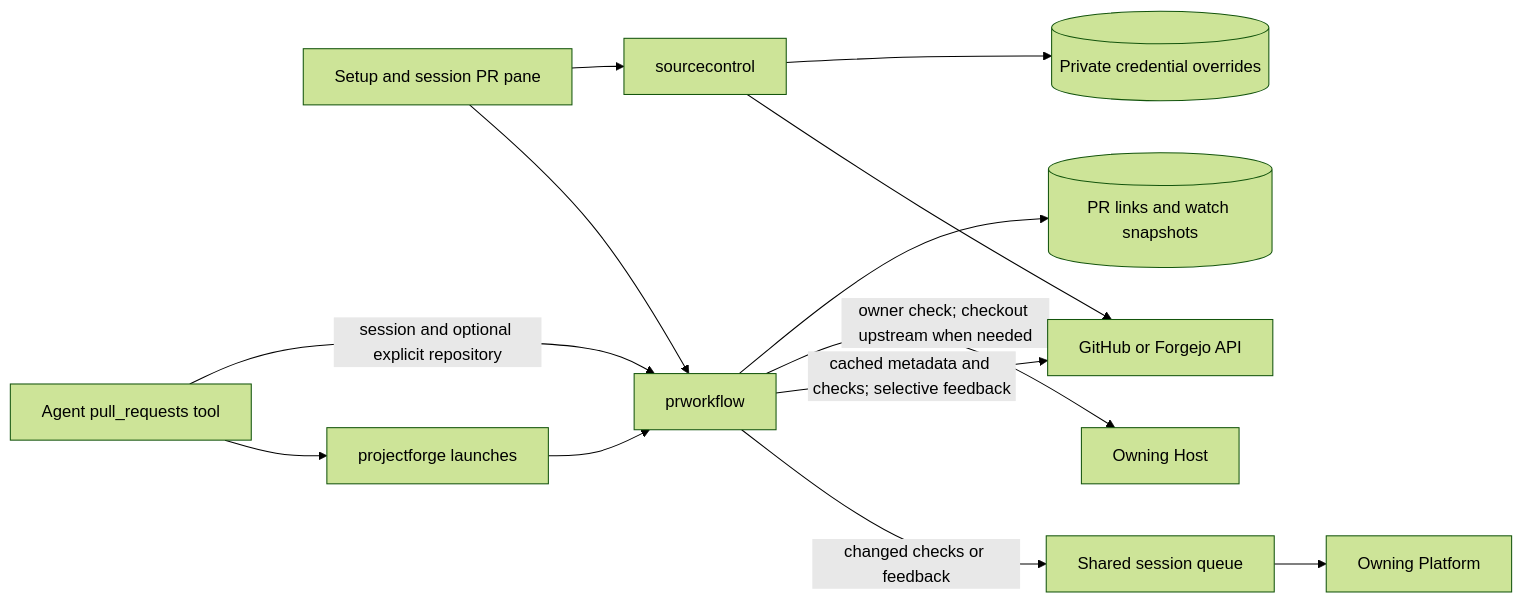
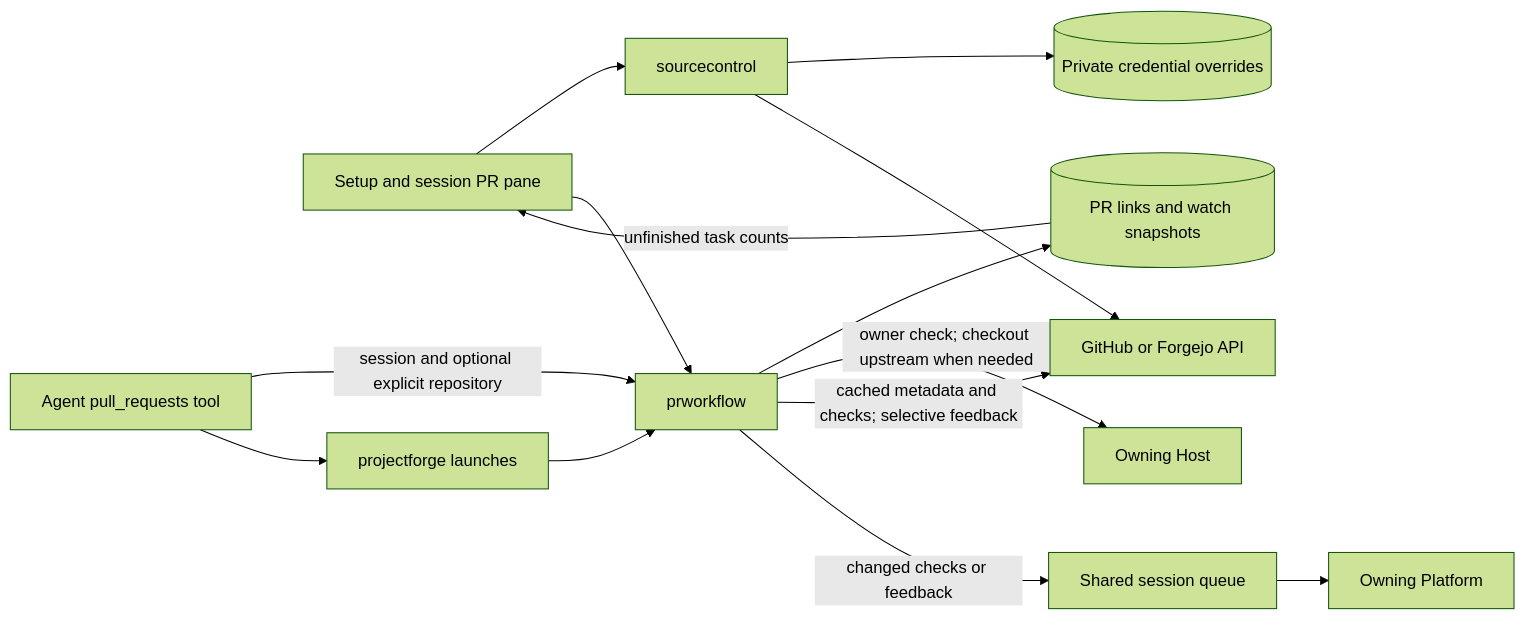
The fifth of 21 diagrams in docs/other/architecture.md (ocman/ocman), drawn with Mermaid (forest theme) before and after one commit. The commit also changed other lines of this file and 7 other files, not shown here.

````diff
--- a/docs/other/architecture.md
+++ b/docs/other/architecture.md
@@ -155,15 +155,16 @@
 ```mermaid
 flowchart LR
     UI[Setup and session PR pane] --> Setup[sourcecontrol]
     UI --> Workflow[prworkflow]
     MCP[Agent pull_requests tool] -->|session and optional explicit repository| Workflow
     MCP --> Launch
     Launch[projectforge launches] --> Workflow
     Setup --> Credentials[(Private credential overrides)]
     Workflow --> Links[(PR links and watch snapshots)]
+    Links -->|unfinished task counts| UI
     Workflow -->|owner check; checkout upstream when needed| Host[Owning Host]
     Workflow -->|cached metadata and checks; selective feedback| Forge[GitHub or Forgejo API]
     Setup --> Forge
     Workflow -->|changed checks or feedback| Queue[Shared session queue]
     Queue --> Platform[Owning Platform]
 ```
````
